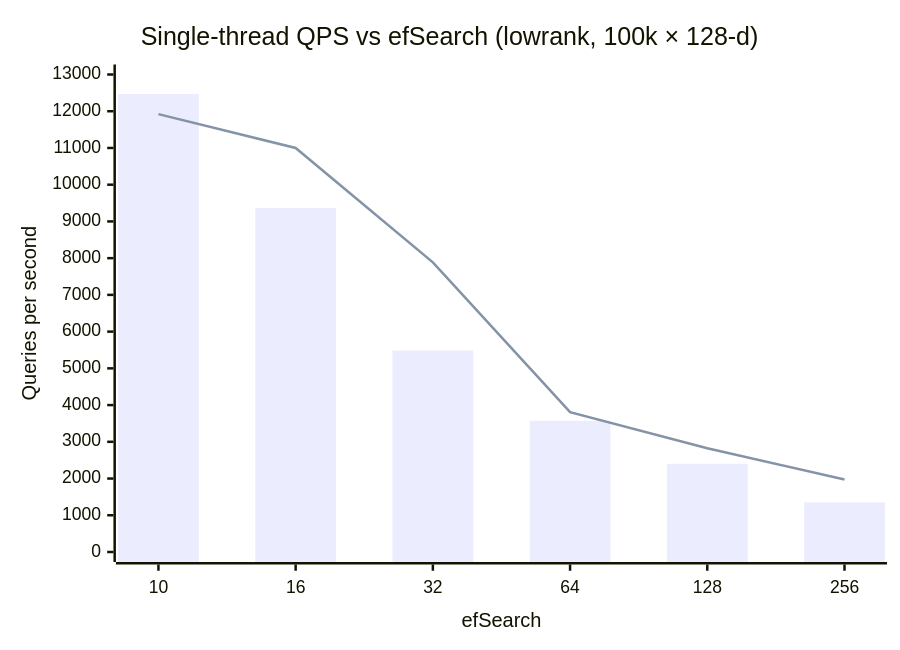
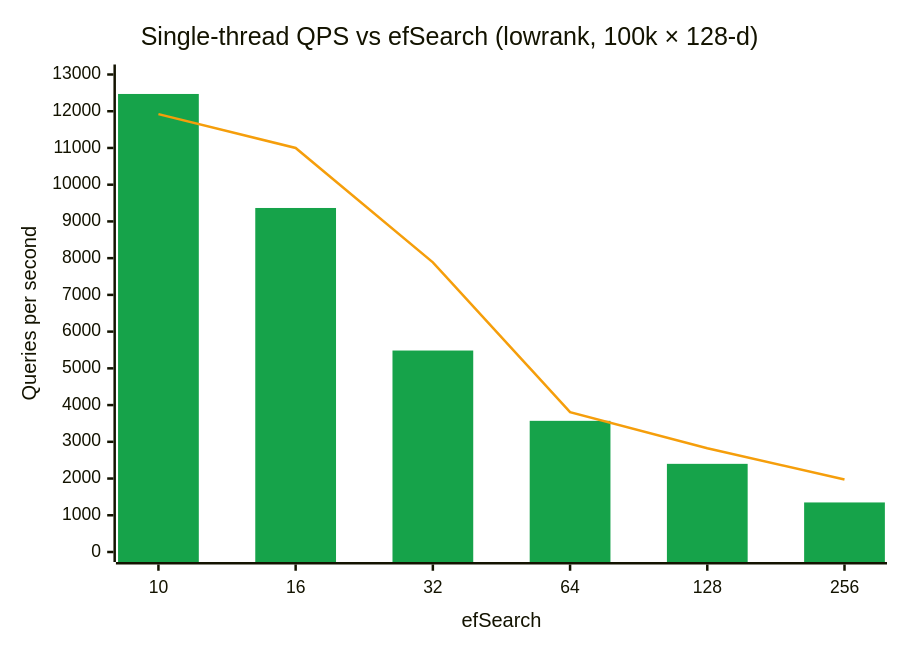
The sixth of 7 diagrams in README.md (siddhaantxsingh/VECTORDB), drawn with Mermaid before and after one commit. The commit also changed other lines of this file, not shown here.

````diff
--- a/README.md
+++ b/README.md
@@ -255,8 +255,9 @@
 ```mermaid
+%%{init: {"themeVariables": {"xyChart": {"plotColorPalette": "#16a34a, #f59e0b"}}}}%%
 xychart-beta
     title "Single-thread QPS vs efSearch (lowrank, 100k × 128-d)"
     x-axis "efSearch" [10, 16, 32, 64, 128, 256]
     y-axis "Queries per second" 0 --> 13000
     bar [12470, 9366, 5485, 3571, 2400, 1349]
     line [11922, 10999, 7886, 3809, 2827, 1974]
 ```
````
